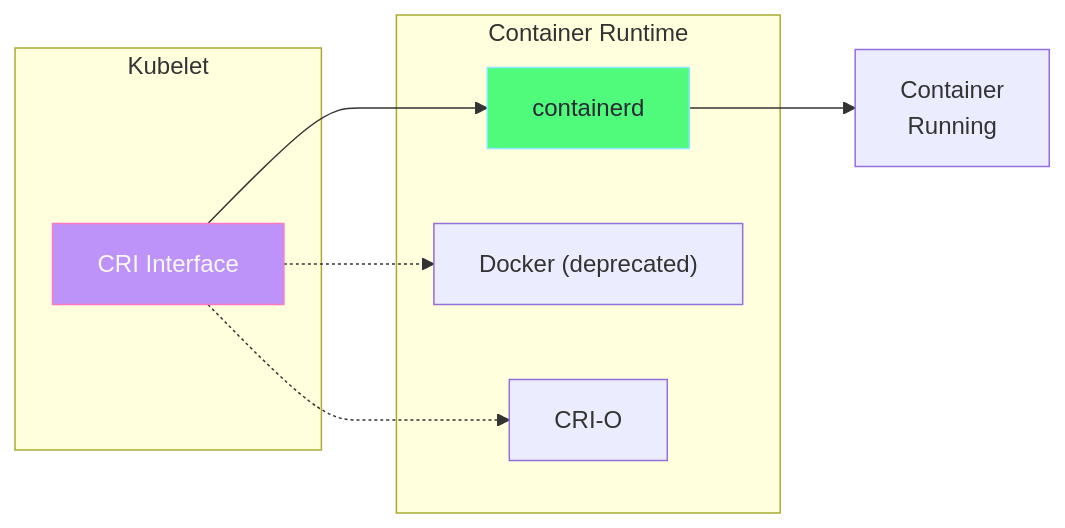
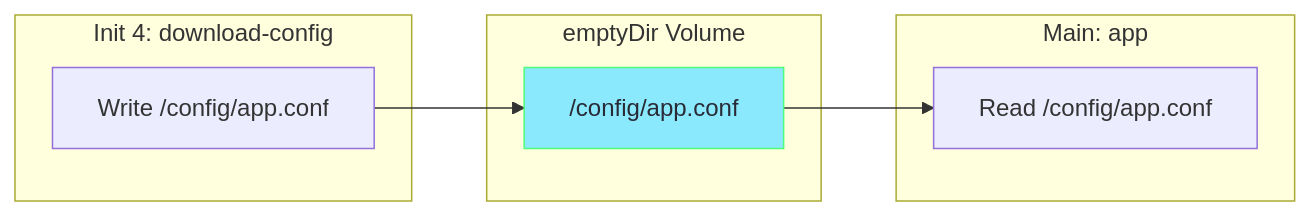
Before and after one commit to selvakumarperumal/k8s_minikube_learn: the fifth of 5 diagrams in Workload_and_Application_Management/init-containers-explained.md, drawn with Mermaid. The commit also changed other lines of this file, not shown here.

First line of the commit message:
docs: simplify init containers explanation with practical focus

````diff
--- a/Workload_and_Application_Management/init-containers-explained.md
+++ b/Workload_and_Application_Management/init-containers-explained.md
@@ -445,21 +181,18 @@
 ```mermaid
 flowchart LR
-    subgraph Kubelet["Kubelet"]
-        CRI["CRI Interface"]
+    subgraph Init4["Init 4: download-config"]
+        Write["Write /config/app.conf"]
     end
     
-    subgraph Runtime["Container Runtime"]
-        Containerd["containerd"]
-        Docker["Docker (deprecated)"]
-        CRI_O["CRI-O"]
+    subgraph Volume["emptyDir Volume"]
+        File["/config/app.conf"]
     end
     
-    CRI --> Containerd
-    CRI -.-> Docker
-    CRI -.-> CRI_O
+    subgraph Main["Main: app"]
+        Read["Read /config/app.conf"]
+    end
     
-    Containerd --> Container["Container<br/>Running"]
+    Write --> File --> Read
     
-    style CRI fill:#bd93f9,stroke:#ff79c6,color:#f8f8f2
-    style Containerd fill:#50fa7b,stroke:#8be9fd,color:#282a36
+    style File fill:#8be9fd,stroke:#50fa7b,color:#282a36
 ```
````
